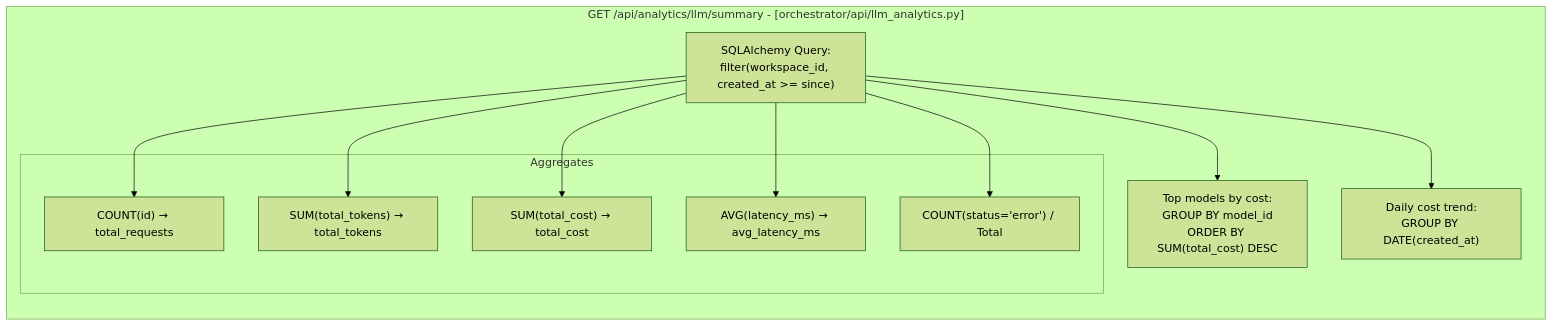
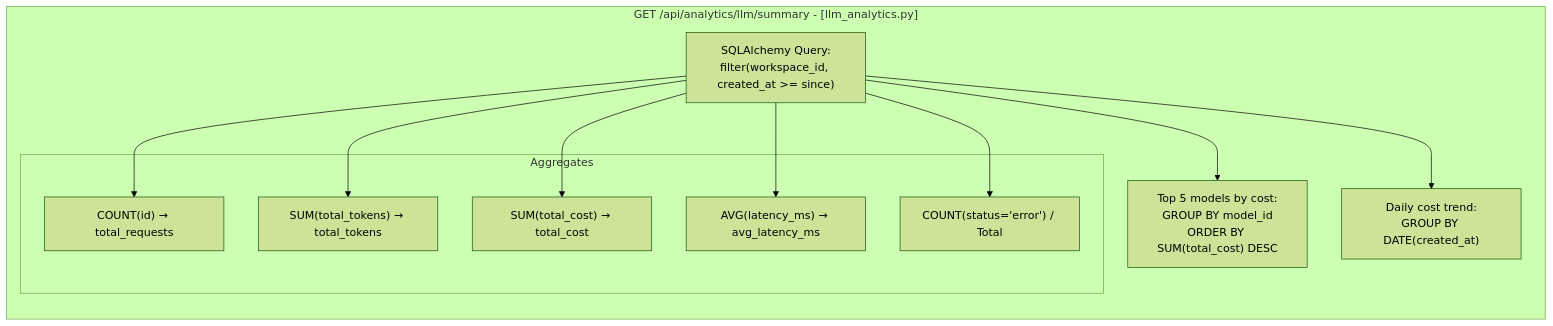
Before and after one commit to AutomatosAI/automatos-ai: the second of 3 diagrams in docs/analytics-monitoring/cost-analytics.md, drawn with Mermaid (forest theme). The commit also changed other lines of this file and 153 other files, not shown here.

````diff
--- a/docs/analytics-monitoring/cost-analytics.md
+++ b/docs/analytics-monitoring/cost-analytics.md
@@ -151,25 +146,25 @@
 ```mermaid
 graph LR
-    subgraph "GET /api/analytics/llm/summary - [orchestrator/api/llm_analytics.py]"
+    subgraph "GET /api/analytics/llm/summary - [llm_analytics.py]"
         Query["SQLAlchemy Query:<br/>filter(workspace_id, created_at >= since)"]
         
         subgraph "Aggregates"
             TotalReqs["COUNT(id) → total_requests"]
             TotalTokens["SUM(total_tokens) → total_tokens"]
             TotalCost["SUM(total_cost) → total_cost"]
             AvgLatency["AVG(latency_ms) → avg_latency_ms"]
             ErrorRate["COUNT(status='error') / Total"]
         end
         
-        TopModels["Top models by cost:<br/>GROUP BY model_id<br/>ORDER BY SUM(total_cost) DESC"]
+        TopModels["Top 5 models by cost:<br/>GROUP BY model_id<br/>ORDER BY SUM(total_cost) DESC"]
         CostTrend["Daily cost trend:<br/>GROUP BY DATE(created_at)"]
     end
     
     Query --> TotalReqs
     Query --> TotalTokens
     Query --> TotalCost
     Query --> AvgLatency
     Query --> ErrorRate
     Query --> TopModels
     Query --> CostTrend
 ```
````
